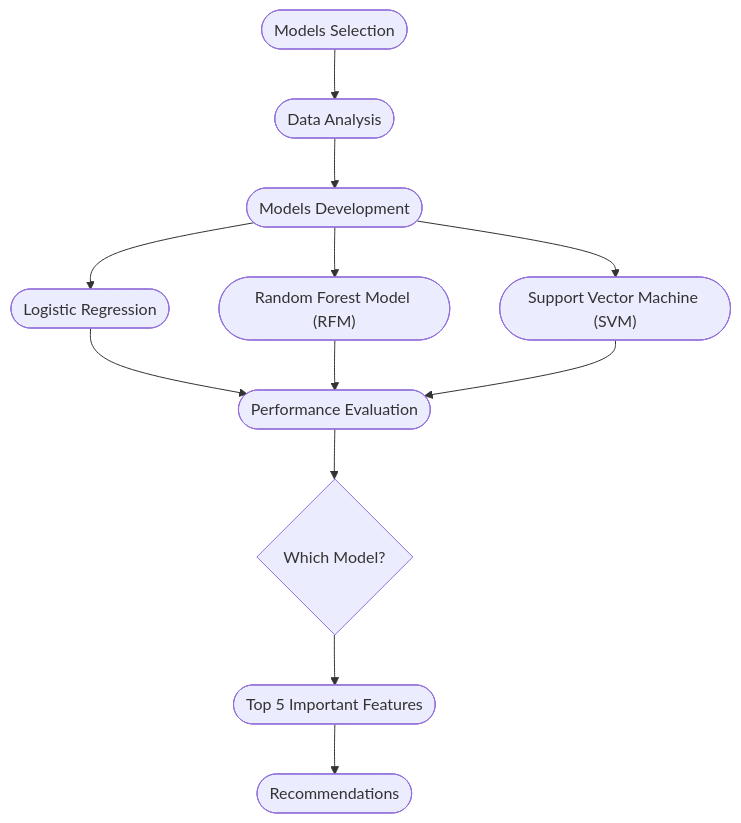
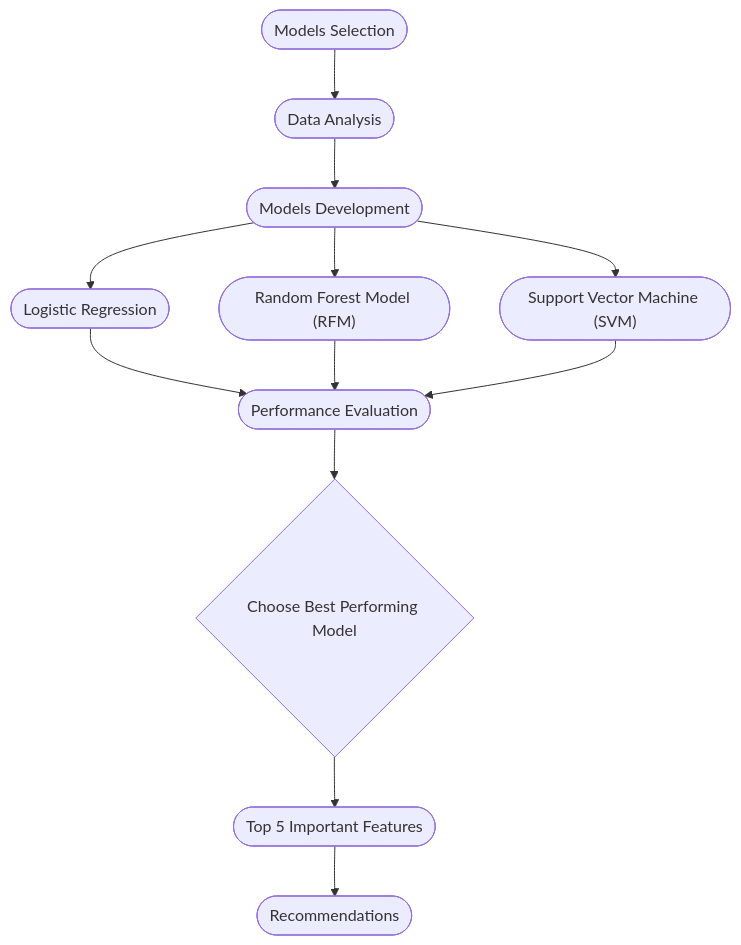
Before and after one commit to omaralfaqih6/breast_cancer_wisconsin: the diagram in README.md, drawn with Mermaid.

Commit message:
Modifying ReadMe File 18.

````diff
--- a/README.md
+++ b/README.md
@@ -57,21 +57,21 @@
 ```mermaid
 graph TD;
     A(["Models Selection"]);
     B(["Data Analysis"]);
     C(["Models Development"]);
     D(["Logistic Regression"]);
     E(["Random Forest Model (RFM)"]);
     F(["Support Vector Machine (SVM)"]);
     G(["Performance Evaluation"]);
     A-->B;
     B-->C;
     C-->D;
     C-->E;
     C-->F;
     D-->G;    
     E-->G;
     F-->G;
-    G-->H{"Which Model?"};
+    G-->H{"Choose Best Performing Model"};
     H-->I(["Top 5 Important Features"]);
     I-->J(["Recommendations"]);
 ```
````
